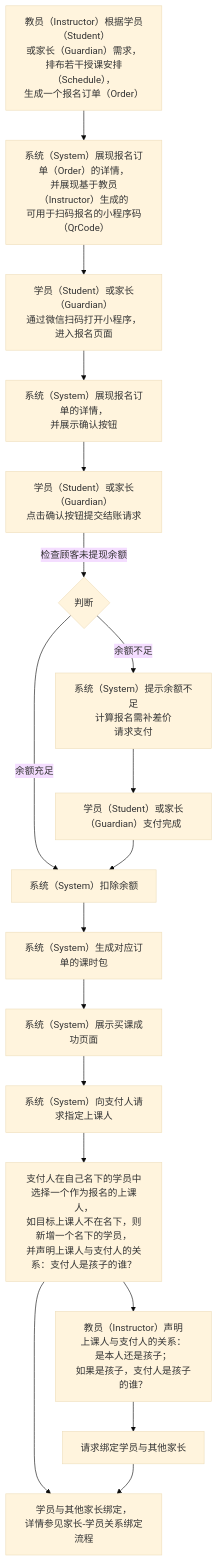
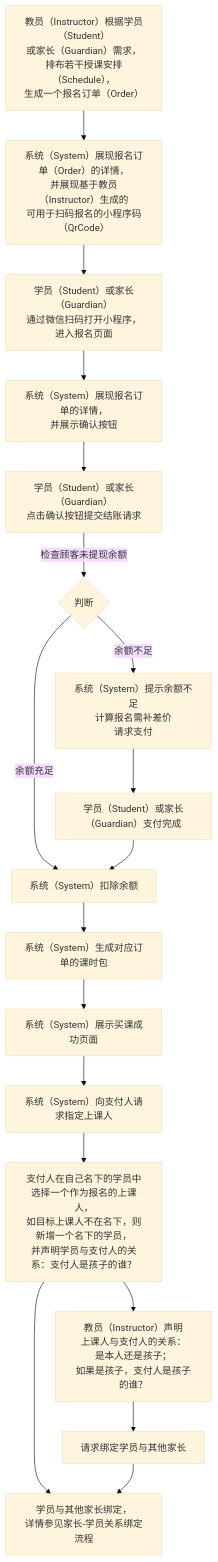
One commit to world-wide-web/sign changed the diagram in 用例/报名.md. Above: the diagram before and after it, drawn with Mermaid (base theme). The commit also changed other lines of this file, not shown here.

````diff
--- a/用例/报名.md
+++ b/用例/报名.md
@@ -7,53 +7,53 @@
 ```mermaid
 graph TD
 
 生成报名订单-->生成报名码
 生成报名码-->扫码报名
 扫码报名-->展现报名订单
 展现报名订单-->确认并提交结账请求
 确认并提交结账请求--检查顾客未提现余额-->检查顾客未提现余额
 检查顾客未提现余额--余额充足-->扣除余额
 检查顾客未提现余额--余额不足-->请求支付
 请求支付-->支付完成
 支付完成-->扣除余额
 扣除余额-->生成课时包
 生成课时包-->提示买课成功
 提示买课成功-->请求身份声明
 请求身份声明-->指定上课人
 指定上课人-->教员代理身份声明
 教员代理身份声明-->请求绑定学员与其他家长
 指定上课人-->学员与其他家长绑定
 请求绑定学员与其他家长-->学员与其他家长绑定
 
 生成报名订单["<center>教员（Instructor）根据学员（Student）<br>或家长（Guardian）需求，<br>排布若干授课安排（Schedule），<br>生成一个报名订单（Order）</center>"]
 
 生成报名码["<center>系统（System）展现报名订单（Order）的详情，<br>并展现基于教员（Instructor）生成的<br>可用于扫码报名的小程序码（QrCode）</center>"]
 
 扫码报名["<center>学员（Student）或家长（Guardian）<br>通过微信扫码打开小程序，进入报名页面</center>"]
 
 展现报名订单["<center>系统（System）展现报名订单的详情，<br>并展示确认按钮</center>"]
 
 确认并提交结账请求["<center>学员（Student）或家长（Guardian）<br>点击确认按钮提交结账请求</center>"]
 
 检查顾客未提现余额{判断}
 
 请求支付["<center>系统（System）提示余额不足<br>计算报名需补差价<br>请求支付</center>"]
 
 支付完成["<center>学员（Student）或家长（Guardian）支付完成</center>"]
 
 扣除余额["<center>系统（System）扣除余额</center>"]
 
 生成课时包["<center>系统（System）生成对应订单的课时包</center>"]
 
 提示买课成功["<center>系统（System）展示买课成功页面</center>"]
 
 请求身份声明["<center>系统（System）向支付人请求指定上课人</center>"]
 
-指定上课人["<center>支付人在自己名下的学员中选择一个作为报名的上课人，<br>如目标上课人不在名下，则新增一个名下的学员，<br>并声明上课人与支付人的关系：支付人是孩子的谁？</center>"]
+指定上课人["<center>支付人在自己名下的学员中选择一个作为报名的上课人，<br>如目标上课人不在名下，则新增一个名下的学员，<br>并声明学员与支付人的关系：支付人是孩子的谁？</center>"]
 
 教员代理身份声明["<center>教员（Instructor）声明<br>上课人与支付人的关系：<br>是本人还是孩子；<br>如果是孩子，支付人是孩子的谁？</center>"]
 
 请求绑定学员与其他家长
 
 学员与其他家长绑定["<center>学员与其他家长绑定，<br>详情参见家长-学员关系绑定流程</center>"]
 ```
````
